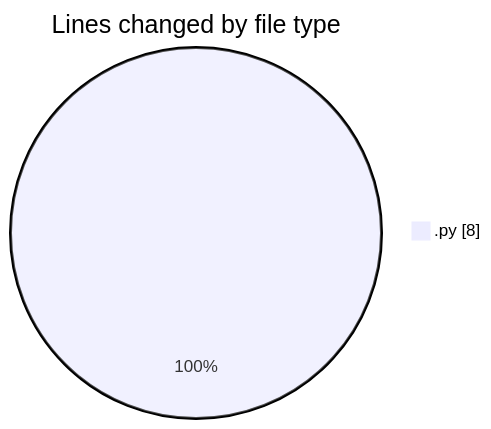
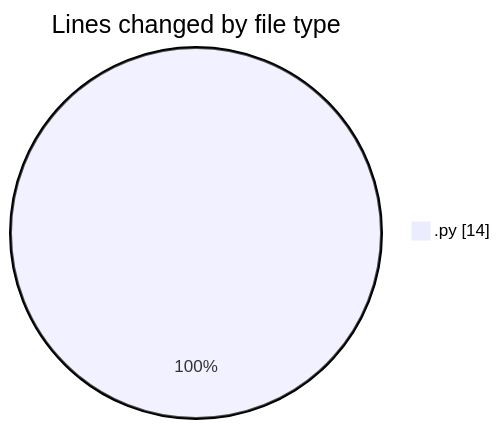
Before and after one commit to MatusMokan/code-tracking: the first of 2 diagrams in 2025-03-21/myws__workspace_/README.md, drawn with Mermaid. The commit also changed other lines of this file and 1 other file, not shown here.

````diff
--- a/2025-03-21/myws__workspace_/README.md
+++ b/2025-03-21/myws__workspace_/README.md
@@ -20,5 +20,5 @@
 ```mermaid
 pie showData
 title Lines changed by file type
-".py" : 8
+".py" : 14
 ```
````
